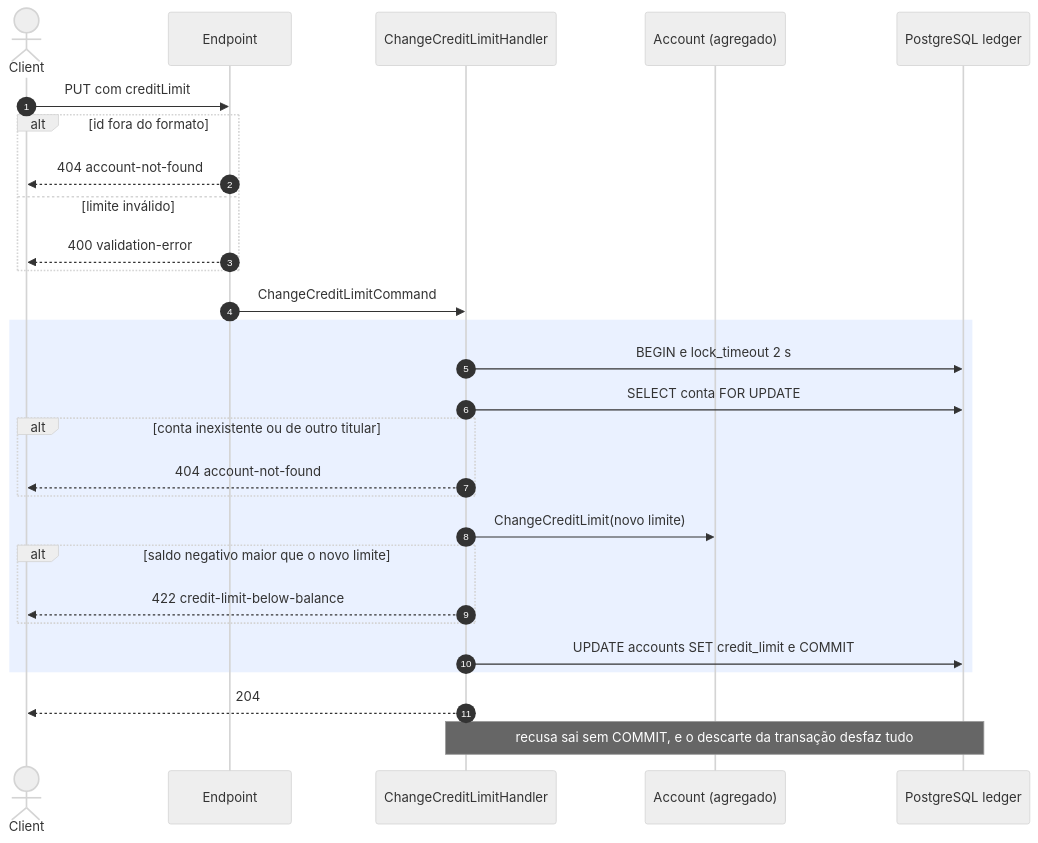
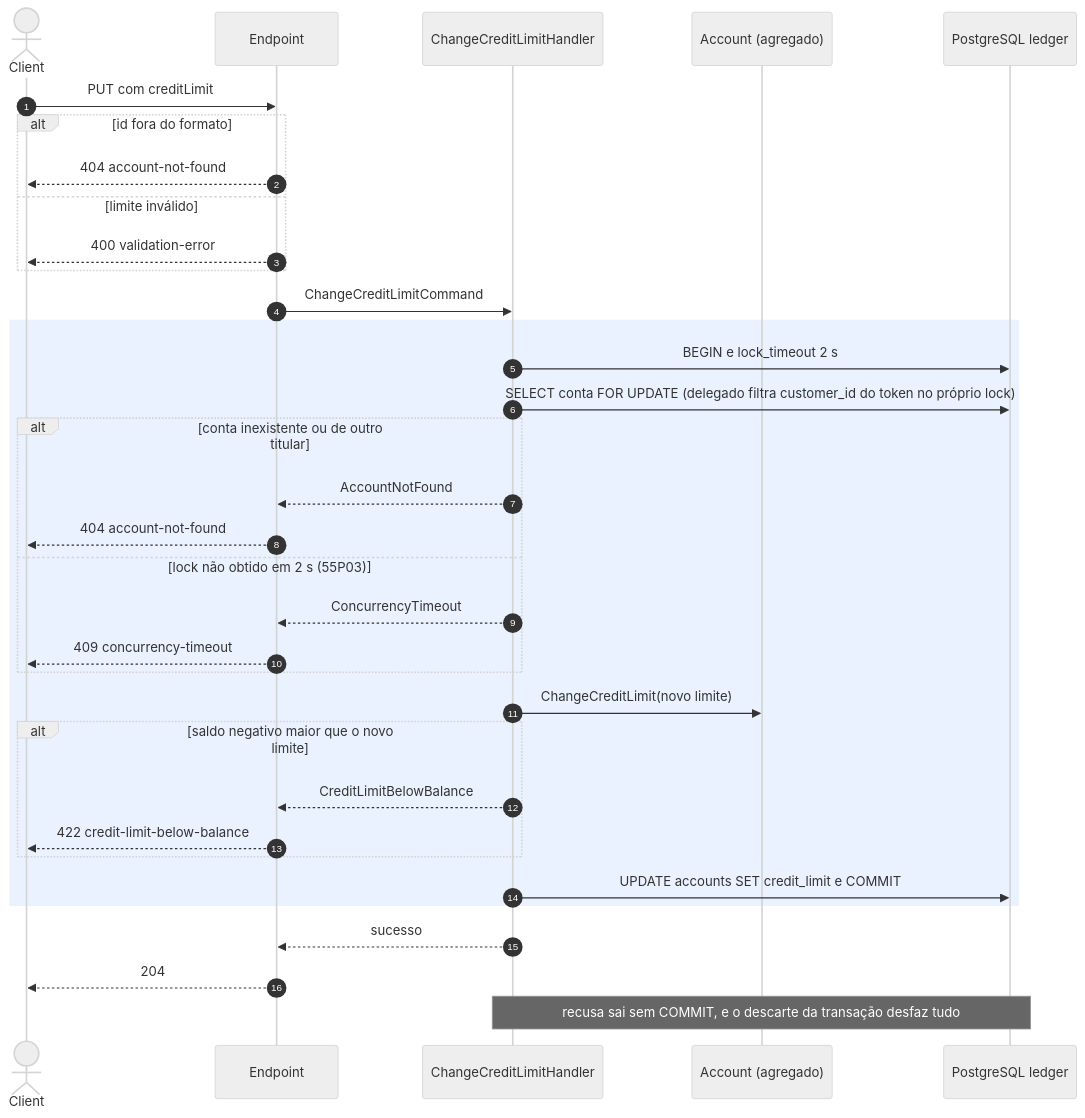
Before and after one commit to arthuurw/desafio-arquiteto-keyrus: the fourth of 7 diagrams in docs/arquitetura/fluxos-ledger.md, drawn with Mermaid (neutral theme). The commit also changed other lines of this file and 3 other files, not shown here.

First line of the commit message:
docs(fluxos): match the flow diagrams to the code at HEAD

````diff
--- a/docs/arquitetura/fluxos-ledger.md
+++ b/docs/arquitetura/fluxos-ledger.md
@@ -143,31 +168,37 @@
 ```mermaid
 sequenceDiagram
   autonumber
   actor C as Client
   participant E as Endpoint
   participant H as ChangeCreditLimitHandler
   participant A as Account (agregado)
   participant DB as PostgreSQL ledger
 
   C->>E: PUT com creditLimit
   alt id fora do formato
     E-->>C: 404 account-not-found
   else limite inválido
     E-->>C: 400 validation-error
   end
   E->>H: ChangeCreditLimitCommand
   rect rgba(80, 140, 255, 0.12)
     H->>DB: BEGIN e lock_timeout 2 s
-    H->>DB: SELECT conta FOR UPDATE
+    H->>DB: SELECT conta FOR UPDATE (delegado filtra customer_id do token no próprio lock)
     alt conta inexistente ou de outro titular
-      H-->>C: 404 account-not-found
+      H-->>E: AccountNotFound
+      E-->>C: 404 account-not-found
+    else lock não obtido em 2 s (55P03)
+      H-->>E: ConcurrencyTimeout
+      E-->>C: 409 concurrency-timeout
     end
     H->>A: ChangeCreditLimit(novo limite)
     alt saldo negativo maior que o novo limite
-      H-->>C: 422 credit-limit-below-balance
+      H-->>E: CreditLimitBelowBalance
+      E-->>C: 422 credit-limit-below-balance
     end
     H->>DB: UPDATE accounts SET credit_limit e COMMIT
   end
-  H-->>C: 204
+  H-->>E: sucesso
+  E-->>C: 204
   Note over H,DB: recusa sai sem COMMIT, e o descarte da transação desfaz tudo
 ```
````
